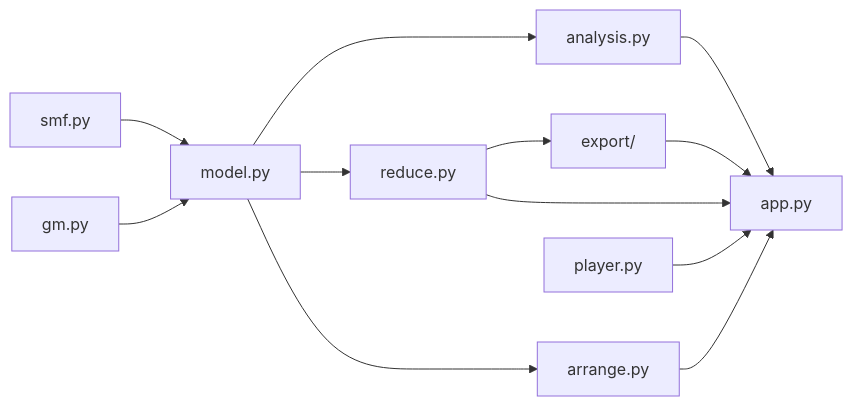
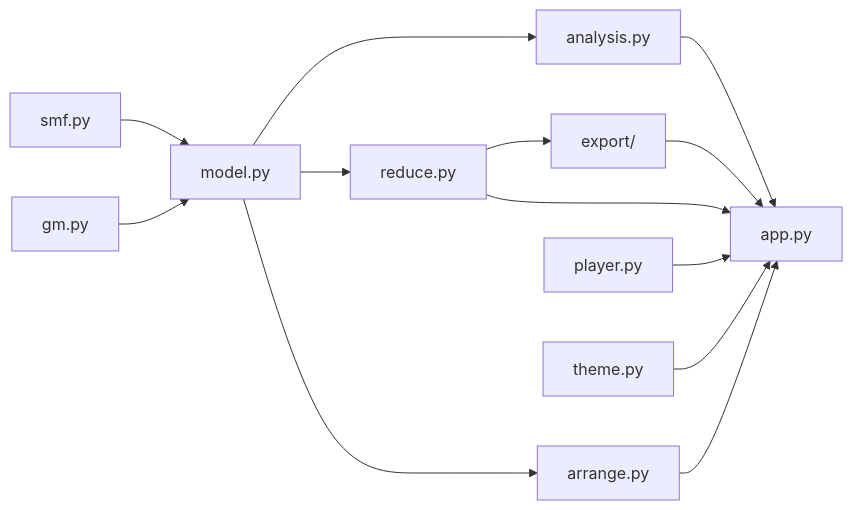
One commit to acscpt/montyroll changed the third of 3 diagrams in docs/architecture.md. Above: the diagram before and after it, drawn with Mermaid. The commit also changed other lines of this file and 13 other files, not shown here.

````diff
--- a/docs/architecture.md
+++ b/docs/architecture.md
@@ -124,14 +124,15 @@
 ```mermaid
 flowchart LR
 	smf[smf.py] --> model[model.py]
 	gm[gm.py] --> model
 	model --> analysis[analysis.py]
 	model --> reduce[reduce.py]
 	model --> arrange[arrange.py]
 	reduce --> export[export/]
 	analysis --> app[app.py]
 	reduce --> app
 	arrange --> app
 	export --> app
 	player[player.py] --> app
+	theme[theme.py] --> app
 ```
````
